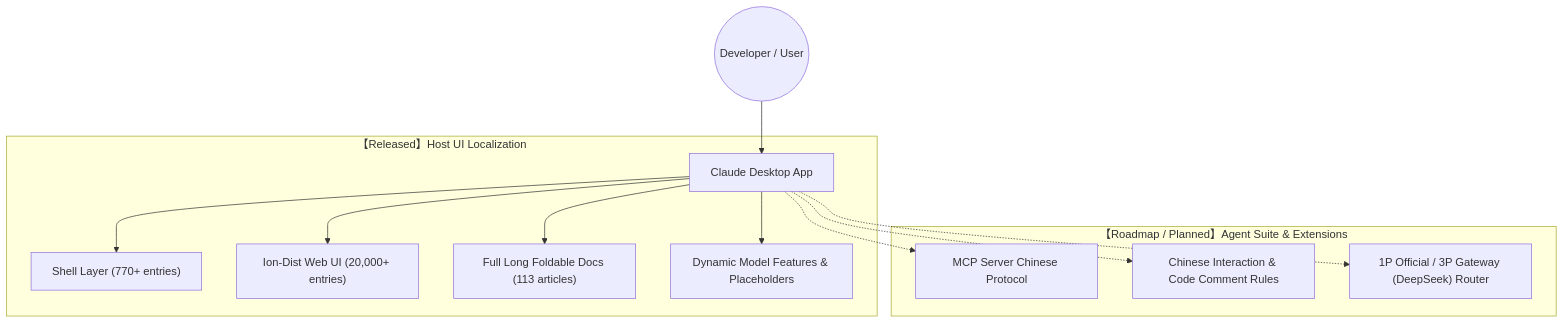
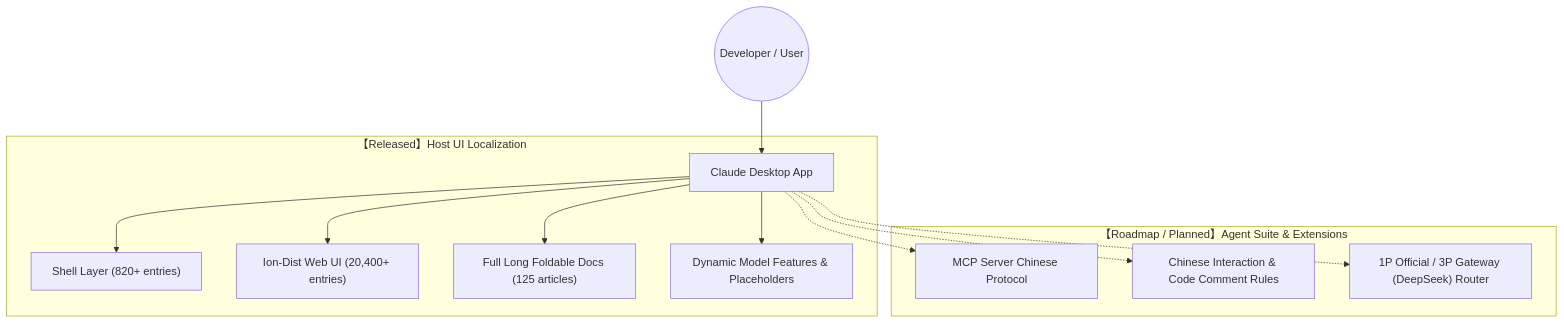
The first of 2 diagrams in README.en.md (yiheng8023/claude-chinese), drawn with Mermaid before and after one commit. The commit also changed other lines of this file and 1 other file, not shown here.

Commit message:
docs: synchronize README metrics to v1.2.66 (125 long docs and 21,200+ entries)

````diff
--- a/README.en.md
+++ b/README.en.md
@@ -37,17 +39,17 @@
 ```mermaid
 graph TD
     User((Developer / User)) --> ClaudeApp[Claude Desktop App]
     
     subgraph Mode1 ["【Released】Host UI Localization"]
-        ClaudeApp --> ShellLayer["Shell Layer (770+ entries)"]
-        ClaudeApp --> WebUILayer["Ion-Dist Web UI (20,000+ entries)"]
-        ClaudeApp --> LongDocsLayer["Full Long Foldable Docs (113 articles)"]
+        ClaudeApp --> ShellLayer["Shell Layer (820+ entries)"]
+        ClaudeApp --> WebUILayer["Ion-Dist Web UI (20,400+ entries)"]
+        ClaudeApp --> LongDocsLayer["Full Long Foldable Docs (125 articles)"]
         ClaudeApp --> DynamicLayer["Dynamic Model Features & Placeholders"]
     end
     
     subgraph Mode2 ["【Roadmap / Planned】Agent Suite & Extensions"]
         ClaudeApp -.-> MCP["MCP Server Chinese Protocol"]
         ClaudeApp -.-> Rules["Chinese Interaction & Code Comment Rules"]
         ClaudeApp -.-> Switcher["1P Official / 3P Gateway (DeepSeek) Router"]
     end
 ```
````
